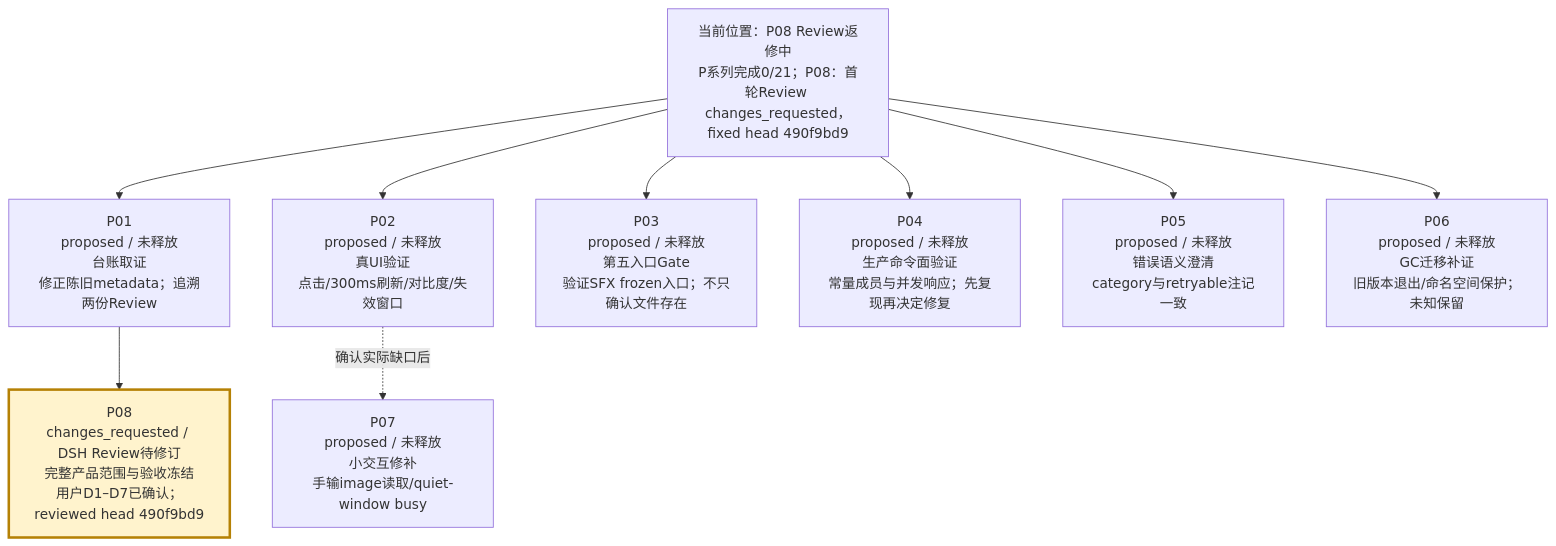
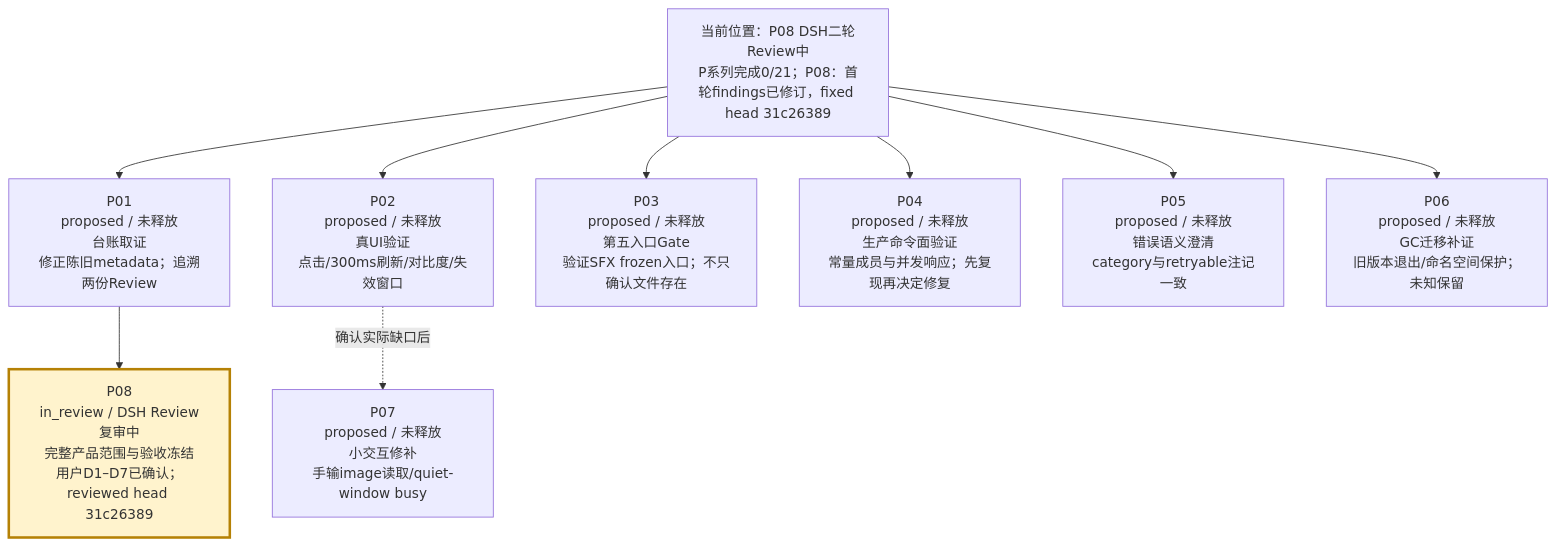
The second of 4 diagrams in verification/PROJECT-ROADMAP-20261008/ROADMAP.md (peakwheat-pixel/New-Manga), drawn with Mermaid before and after one commit. The commit also changed other lines of this file and 11 other files, not shown here.

````diff
--- a/verification/PROJECT-ROADMAP-20261008/ROADMAP.md
+++ b/verification/PROJECT-ROADMAP-20261008/ROADMAP.md
@@ -30,12 +30,12 @@
 ```mermaid
 flowchart TB
-  BASE["当前位置：P08 Review返修中<br/>P系列完成0/21；P08：首轮Review changes_requested，fixed head 490f9bd9"] --> P01["P01<br/>proposed / 未释放<br/>台账取证<br/>修正陈旧metadata；追溯两份Review"]
+  BASE["当前位置：P08 DSH二轮Review中<br/>P系列完成0/21；P08：首轮findings已修订，fixed head 31c26389"] --> P01["P01<br/>proposed / 未释放<br/>台账取证<br/>修正陈旧metadata；追溯两份Review"]
   BASE --> P02["P02<br/>proposed / 未释放<br/>真UI验证<br/>点击/300ms刷新/对比度/失效窗口"]
   BASE --> P03["P03<br/>proposed / 未释放<br/>第五入口Gate<br/>验证SFX frozen入口；不只确认文件存在"]
   BASE --> P04["P04<br/>proposed / 未释放<br/>生产命令面验证<br/>常量成员与并发响应；先复现再决定修复"]
   BASE --> P05["P05<br/>proposed / 未释放<br/>错误语义澄清<br/>category与retryable注记一致"]
   BASE --> P06["P06<br/>proposed / 未释放<br/>GC迁移补证<br/>旧版本退出/命名空间保护；未知保留"]
   P02 -. "确认实际缺口后" .-> P07["P07<br/>proposed / 未释放<br/>小交互修补<br/>手输image读取/quiet-window busy"]
-  P01 --> P08["P08<br/>changes_requested / DSH Review待修订<br/>完整产品范围与验收冻结<br/>用户D1–D7已确认；reviewed head 490f9bd9"]
+  P01 --> P08["P08<br/>in_review / DSH Review复审中<br/>完整产品范围与验收冻结<br/>用户D1–D7已确认；reviewed head 31c26389"]
   style P08 fill:#fff3cd,stroke:#b58105,stroke-width:3px
 ```
````
